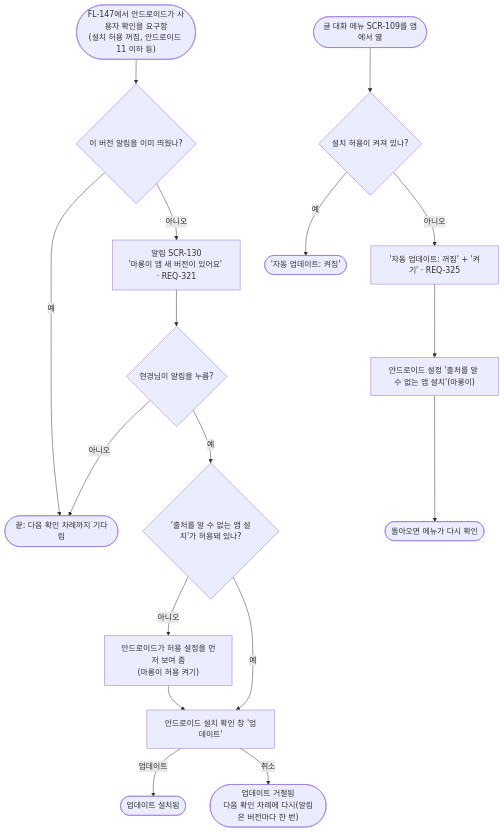
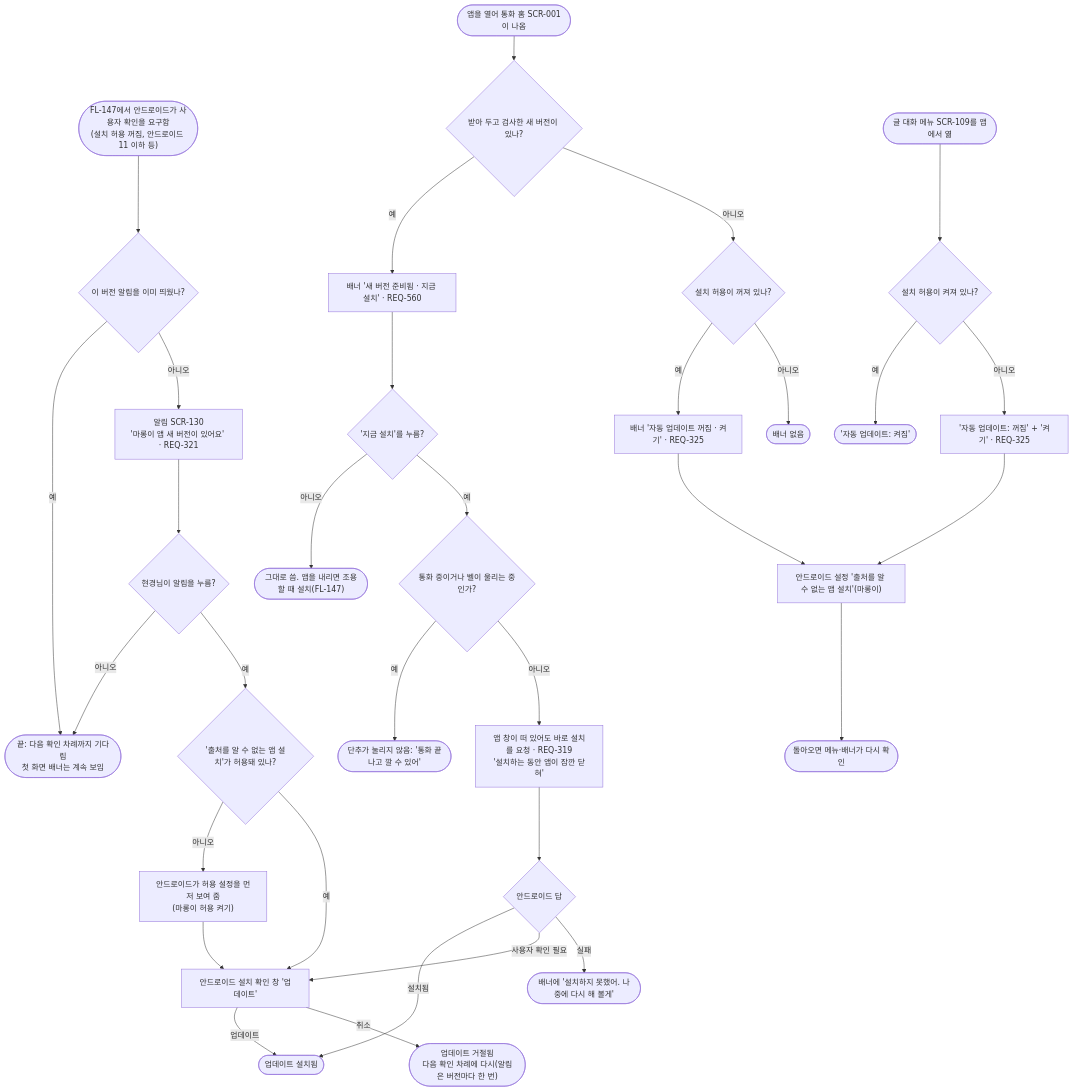
One commit to kodonghui/marong2 changed the diagram in docs/03-user-flow/FL-148-app-update-confirm.md. Above: the diagram before and after it, drawn with Mermaid. The commit also changed other lines of this file and 17 other files, not shown here.

````diff
--- a/docs/03-user-flow/FL-148-app-update-confirm.md
+++ b/docs/03-user-flow/FL-148-app-update-confirm.md
@@ -7,20 +9,36 @@
 ```mermaid
 flowchart TD
   A(["FL-147에서 안드로이드가 사용자 확인을 요구함<br/>(설치 허용 꺼짐, 안드로이드 11 이하 등)"]) --> B{"이 버전 알림을 이미 띄웠나?"}
-  B -->|예| Z(["끝: 다음 확인 차례까지 기다림"])
+  B -->|예| Z(["끝: 다음 확인 차례까지 기다림<br/>첫 화면 배너는 계속 보임"])
   B -->|아니오| C["알림 SCR-130<br/>'마롱이 앱 새 버전이 있어요' · REQ-321"]
   C --> D{"현경님이 알림을 누름?"}
   D -->|아니오| Z
   D -->|예| E{"'출처를 알 수 없는 앱 설치'가 허용돼 있나?"}
   E -->|아니오| F["안드로이드가 허용 설정을 먼저 보여 줌<br/>(마롱이 허용 켜기)"]
   F --> G
   E -->|예| G["안드로이드 설치 확인 창 '업데이트'"]
   G -->|업데이트| H(["업데이트 설치됨"])
   G -->|취소| I(["업데이트 거절됨<br/>다음 확인 차례에 다시(알림은 버전마다 한 번)"])
 
+  P(["앱을 열어 통화 홈 SCR-001이 나옴"]) --> Q{"받아 두고 검사한 새 버전이 있나?"}
+  Q -->|예| R["배너 '새 버전 준비됨 · 지금 설치' · REQ-560"]
+  R --> R1{"'지금 설치'를 누름?"}
+  R1 -->|아니오| R2(["그대로 씀. 앱을 내리면 조용할 때 설치(FL-147)"])
+  R1 -->|예| R3{"통화 중이거나 벨이 울리는 중인가?"}
+  R3 -->|예| R4(["단추가 눌리지 않음: '통화 끝나고 깔 수 있어'"])
+  R3 -->|아니오| R5["앱 창이 떠 있어도 바로 설치를 요청 · REQ-319<br/>'설치하는 동안 앱이 잠깐 닫혀'"]
+  R5 --> R6{"안드로이드 답"}
+  R6 -->|설치됨| H
+  R6 -->|사용자 확인 필요| G
+  R6 -->|실패| R7(["배너에 '설치하지 못했어. 나중에 다시 해 볼게'"])
+  Q -->|아니오| S{"설치 허용이 꺼져 있나?"}
+  S -->|예| T["배너 '자동 업데이트 꺼짐 · 켜기' · REQ-325"]
+  T --> N3
+  S -->|아니오| S1(["배너 없음"])
+
   M(["글 대화 메뉴 SCR-109를 앱에서 엶"]) --> N{"설치 허용이 켜져 있나?"}
   N -->|예| N1(["'자동 업데이트: 켜짐'"])
   N -->|아니오| N2["'자동 업데이트: 꺼짐' + '켜기' · REQ-325"]
   N2 --> N3["안드로이드 설정 '출처를 알 수 없는 앱 설치'(마롱이)"]
-  N3 --> N4(["돌아오면 메뉴가 다시 확인"])
+  N3 --> N4(["돌아오면 메뉴·배너가 다시 확인"])
 ```
````
